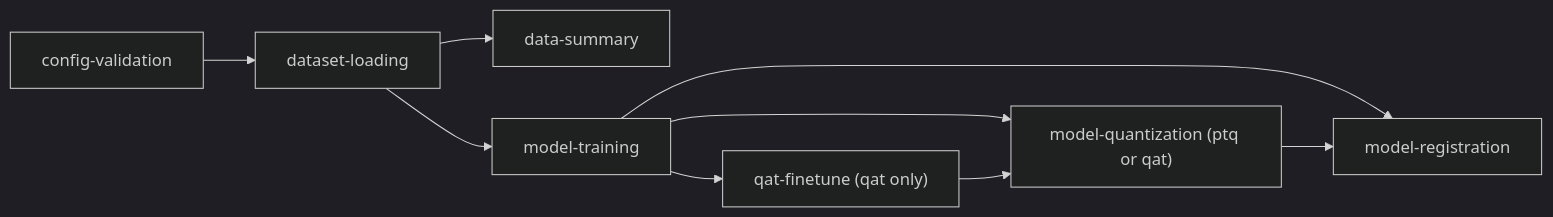
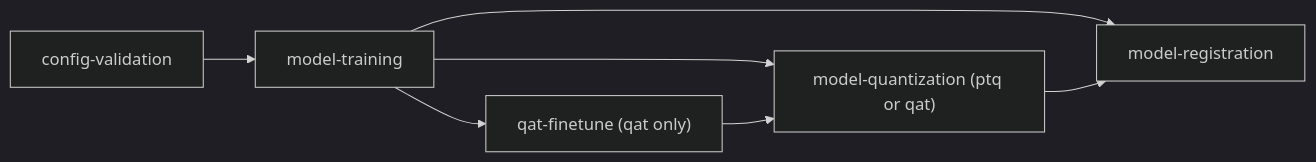
The diagram in docs/index.md (novelcore/yolo-pipelines-template), drawn with Mermaid (dark theme) before and after one commit. The commit also changed 83 other files, not shown here.

````diff
--- a/docs/index.md
+++ b/docs/index.md
@@ -26,11 +26,9 @@
 ```mermaid
 graph LR
-    A["config-validation"] --> B["dataset-loading"]
-    B --> S["data-summary"]
-    B --> C["model-training"]
+    A["config-validation"] --> C["model-training"]
     C --> D["qat-finetune (qat only)"]
     C --> E["model-quantization (ptq or qat)"]
     D --> E
     C --> F["model-registration"]
     E --> F
 ```
````
